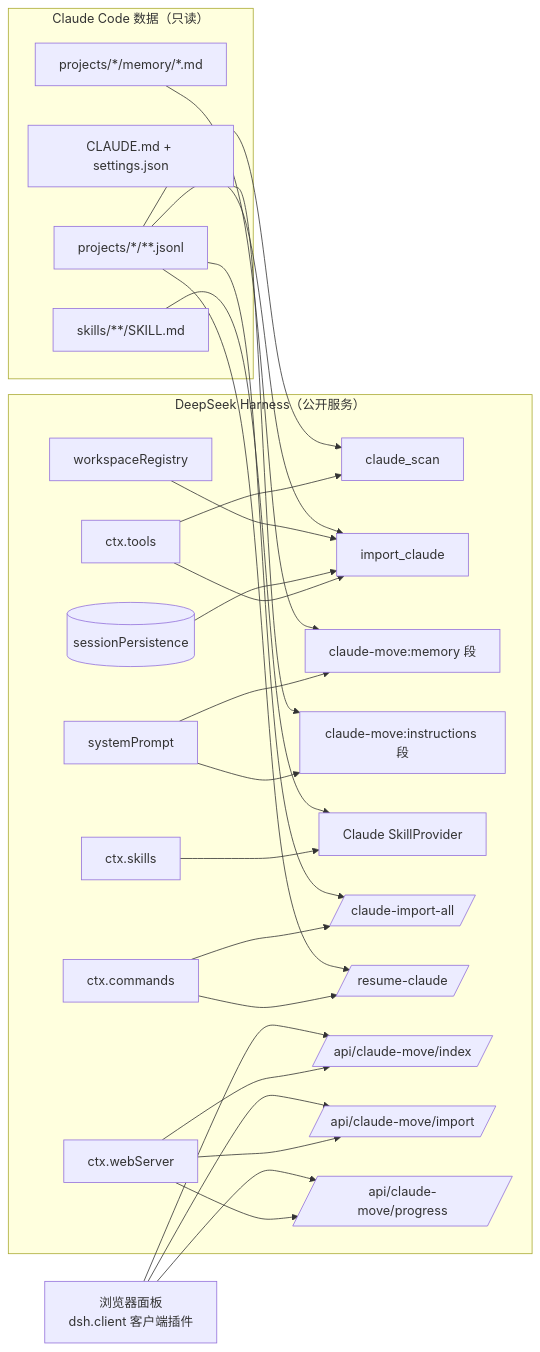
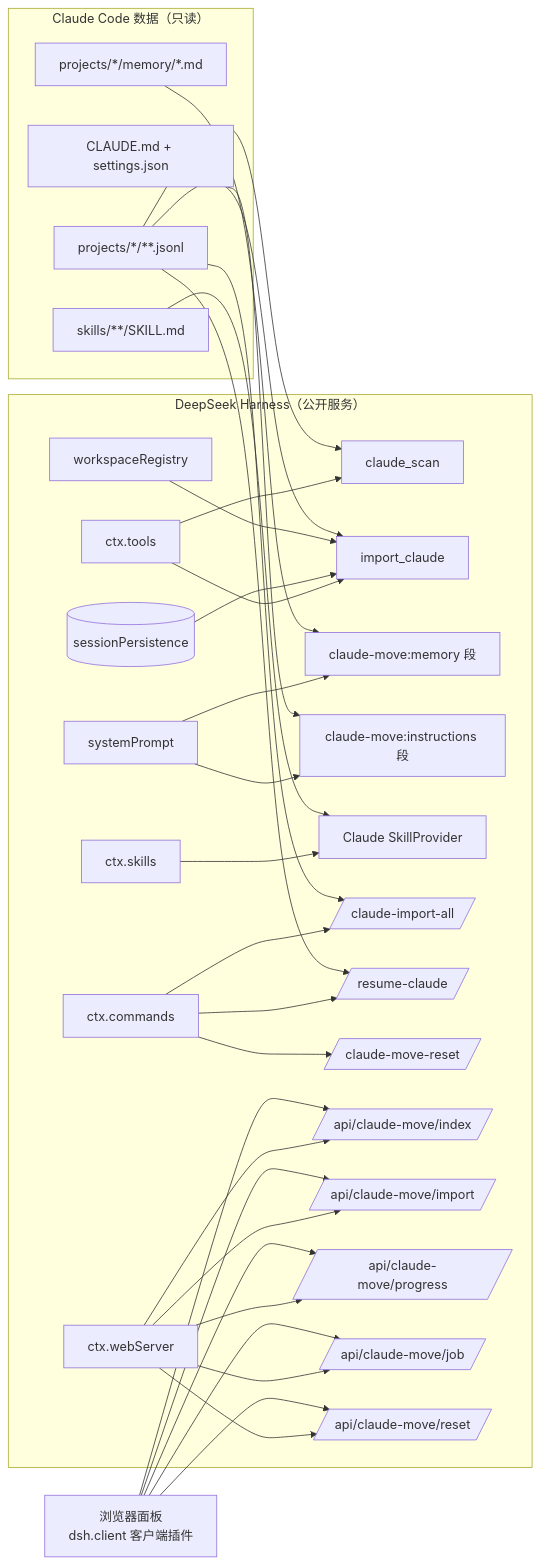
Before and after one commit to PerryLink/dsh-claude-move: the diagram in ARCHITECTURE.md, drawn with Mermaid. The commit also changed other lines of this file and 11 other files, not shown here.

First line of the commit message:
docs: 0.2 变更同步五语 README/CHANGELOG/OPTIMIZATION/RELEASE/COMPLIANCE/ARCHITECTURE/PLAN（E2/E3/E4/B6）

````diff
--- a/ARCHITECTURE.md
+++ b/ARCHITECTURE.md
@@ -5,36 +5,41 @@
 ```mermaid
 flowchart LR
   subgraph Claude[Claude Code 数据（只读）]
     T[projects/*/**.jsonl]
     M[projects/*/memory/*.md]
     S[skills/**/SKILL.md]
     C[CLAUDE.md + settings.json]
   end
 
   subgraph DSH[DeepSeek Harness（公开服务）]
     tools[ctx.tools] --> scan_t[claude_scan]
     tools --> import_t[import_claude]
     sp[(sessionPersistence)] --> import_t
     ws[workspaceRegistry] --> import_t
     sprompt[systemPrompt] --> ctx_mem[claude-move:memory 段]
     sprompt --> ctx_md[claude-move:instructions 段]
     skills[ctx.skills] --> skp[Claude SkillProvider]
     cmds[ctx.commands] --> c1[/claude-import-all/]
     cmds --> c2[/resume-claude/]
+    cmds --> c3[/claude-move-reset/]
     web[ctx.webServer] --> r1[/api/claude-move/index/]
     web --> r2[/api/claude-move/import/]
     web --> r3[/api/claude-move/progress/]
+    web --> r4[/api/claude-move/job/]
+    web --> r5[/api/claude-move/reset/]
   end
 
   B[浏览器面板<br/>dsh.client 客户端插件] --> r1
   B --> r2
   B --> r3
+  B --> r4
+  B --> r5
 
   T --> scan_t
   T --> import_t
   M --> ctx_mem
   C --> ctx_md
   S --> skp
   T --> c2
   T --> c1
 ```
````
